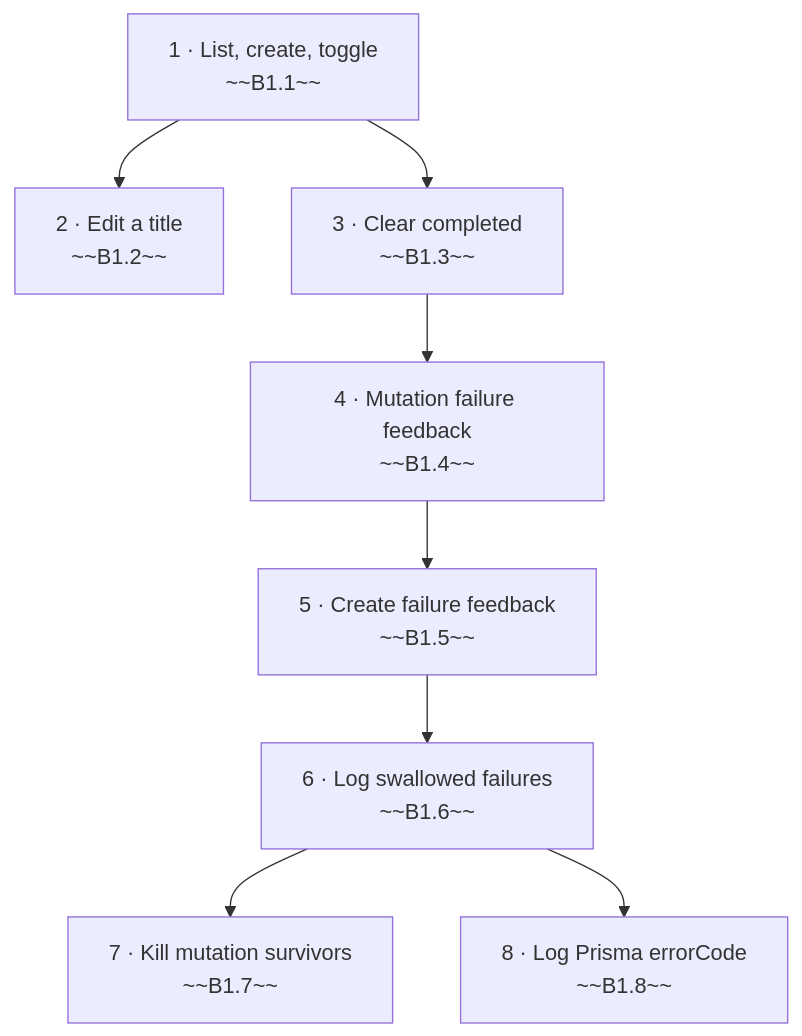
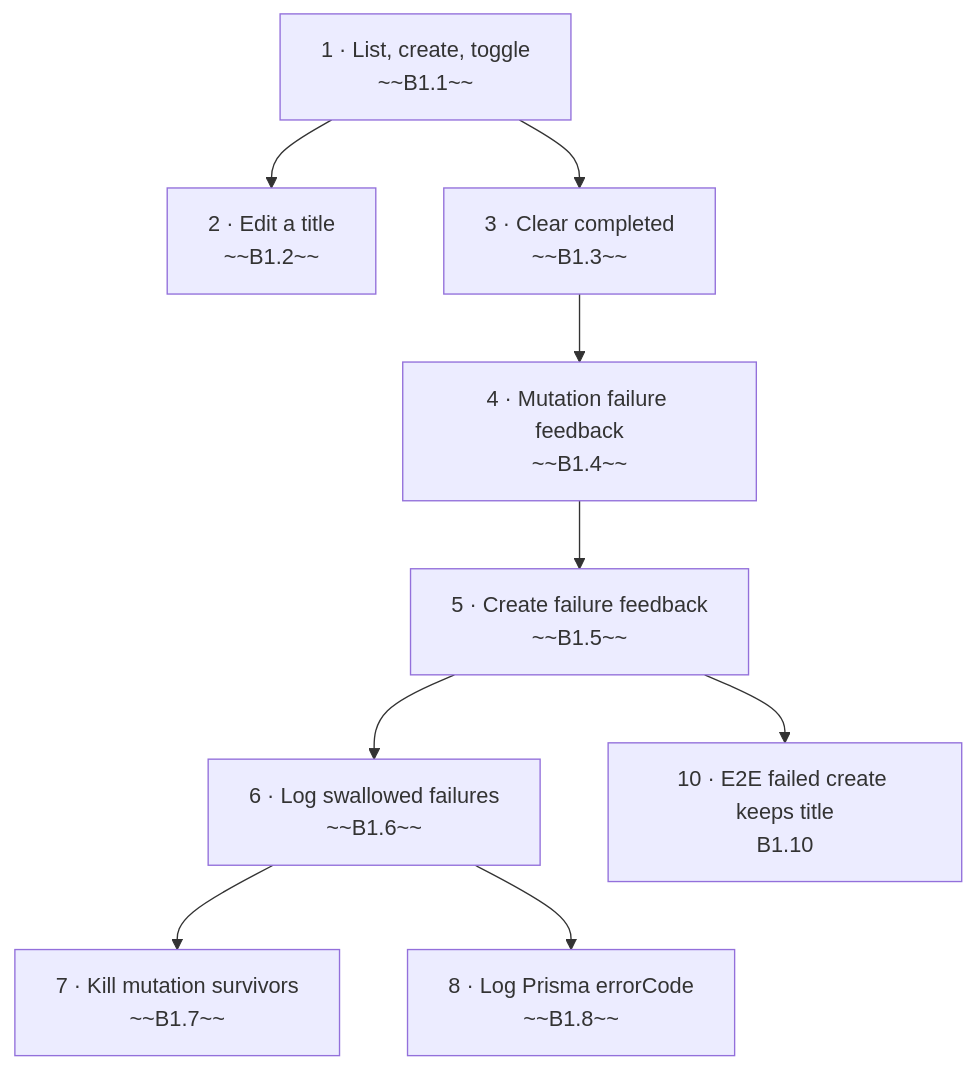
Before and after one commit to st-minhho2/level-up-lab: the diagram in backlog/README.md, drawn with Mermaid. The commit also changed other lines of this file and 1 other file, not shown here.

First line of the commit message:
docs(backlog): card B1.10 end-to-end proof that a failed create keeps the title

````diff
--- a/backlog/README.md
+++ b/backlog/README.md
@@ -15,18 +15,20 @@
 ```mermaid
 flowchart TD
   S1["1 · List, create, toggle<br/>~~B1.1~~"]
   S2["2 · Edit a title<br/>~~B1.2~~"]
   S3["3 · Clear completed<br/>~~B1.3~~"]
   S1 --> S2
   S4["4 · Mutation failure feedback<br/>~~B1.4~~"]
   S1 --> S3
   S3 --> S4
   S5["5 · Create failure feedback<br/>~~B1.5~~"]
   S4 --> S5
   S6["6 · Log swallowed failures<br/>~~B1.6~~"]
   S5 --> S6
   S7["7 · Kill mutation survivors<br/>~~B1.7~~"]
   S6 --> S7
   S8["8 · Log Prisma errorCode<br/>~~B1.8~~"]
   S6 --> S8
+  S10["10 · E2E failed create keeps title<br/>B1.10"]
+  S5 --> S10
 ```
````
